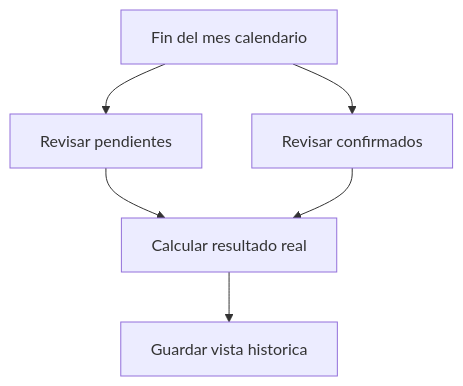
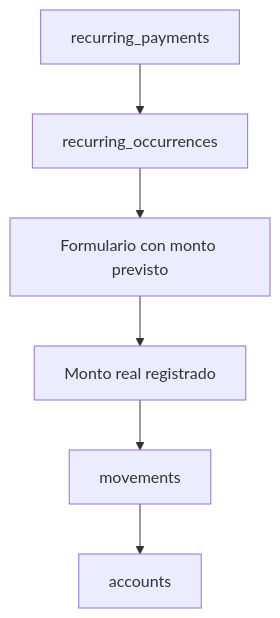
Before and after one commit to Financial-Intelligence/app-finanzas-documentacion: the third of 3 diagrams in docs/diagrams/flujos/README.md, drawn with Mermaid. The commit also changed other lines of this file and 32 other files, not shown here.

````diff
--- a/docs/diagrams/flujos/README.md
+++ b/docs/diagrams/flujos/README.md
@@ -39,14 +41,15 @@
 ```mermaid
 flowchart TD
-    Inicio[Fin del mes calendario]
-    Pendientes[Revisar pendientes]
-    Confirmados[Revisar confirmados]
-    Real[Calcular resultado real]
-    Historico[Guardar vista historica]
+    Recurrente[recurring_payments]
+    Ocurrencia[recurring_occurrences]
+    Formulario[Formulario con monto previsto]
+    Real[Monto real registrado]
+    Movimiento[movements]
+    Cuenta[accounts]
 
-    Inicio --> Pendientes
-    Inicio --> Confirmados
-    Pendientes --> Real
-    Confirmados --> Real
-    Real --> Historico
+    Recurrente --> Ocurrencia
+    Ocurrencia --> Formulario
+    Formulario --> Real
+    Real --> Movimiento
+    Movimiento --> Cuenta
 ```
````
